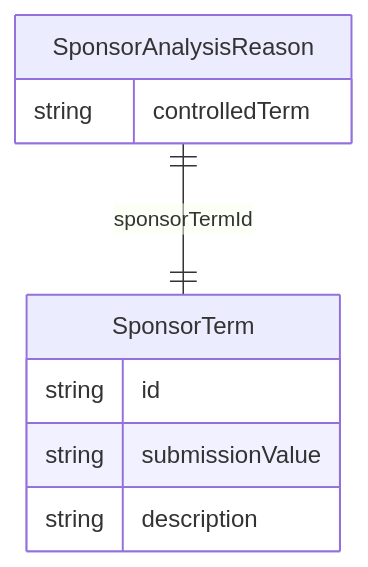
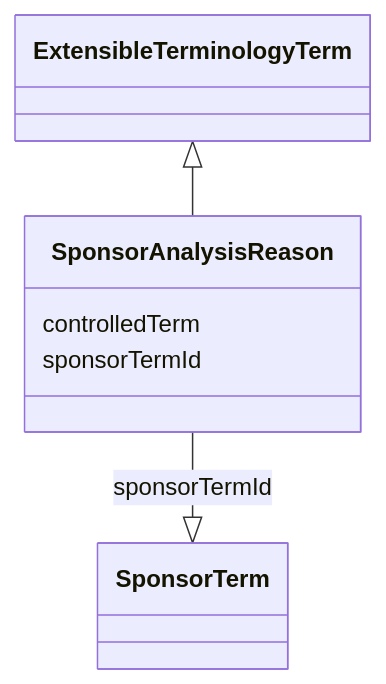
The diagram in project/docs/SponsorAnalysisReason.md (cdisc-org/analysis-results-standard), drawn with Mermaid before and after one commit. The commit also changed 256 other files, not shown here.

Commit message:
Documentation diagrams

````diff
--- a/project/docs/SponsorAnalysisReason.md
+++ b/project/docs/SponsorAnalysisReason.md
@@ -13,14 +15,13 @@
 ```mermaid
-erDiagram
-SponsorAnalysisReason {
-    string controlledTerm  
-}
-SponsorTerm {
-    string id  
-    string submissionValue  
-    string description  
-}
-
-SponsorAnalysisReason ||--|| SponsorTerm : "sponsorTermId"
-
+ classDiagram
+    class SponsorAnalysisReason
+      ExtensibleTerminologyTerm <|-- SponsorAnalysisReason
+      
+      SponsorAnalysisReason : controlledTerm
+        
+      SponsorAnalysisReason : sponsorTermId
+        
+          SponsorAnalysisReason --|> SponsorTerm : sponsorTermId
+        
+      
 ```
````
